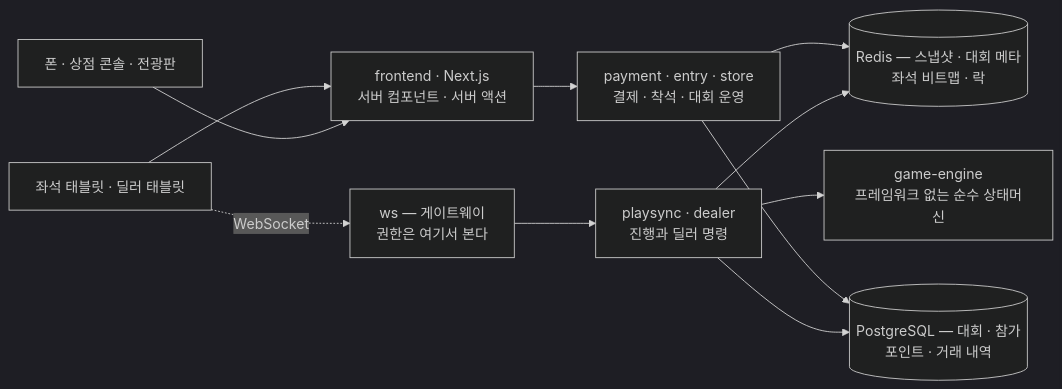
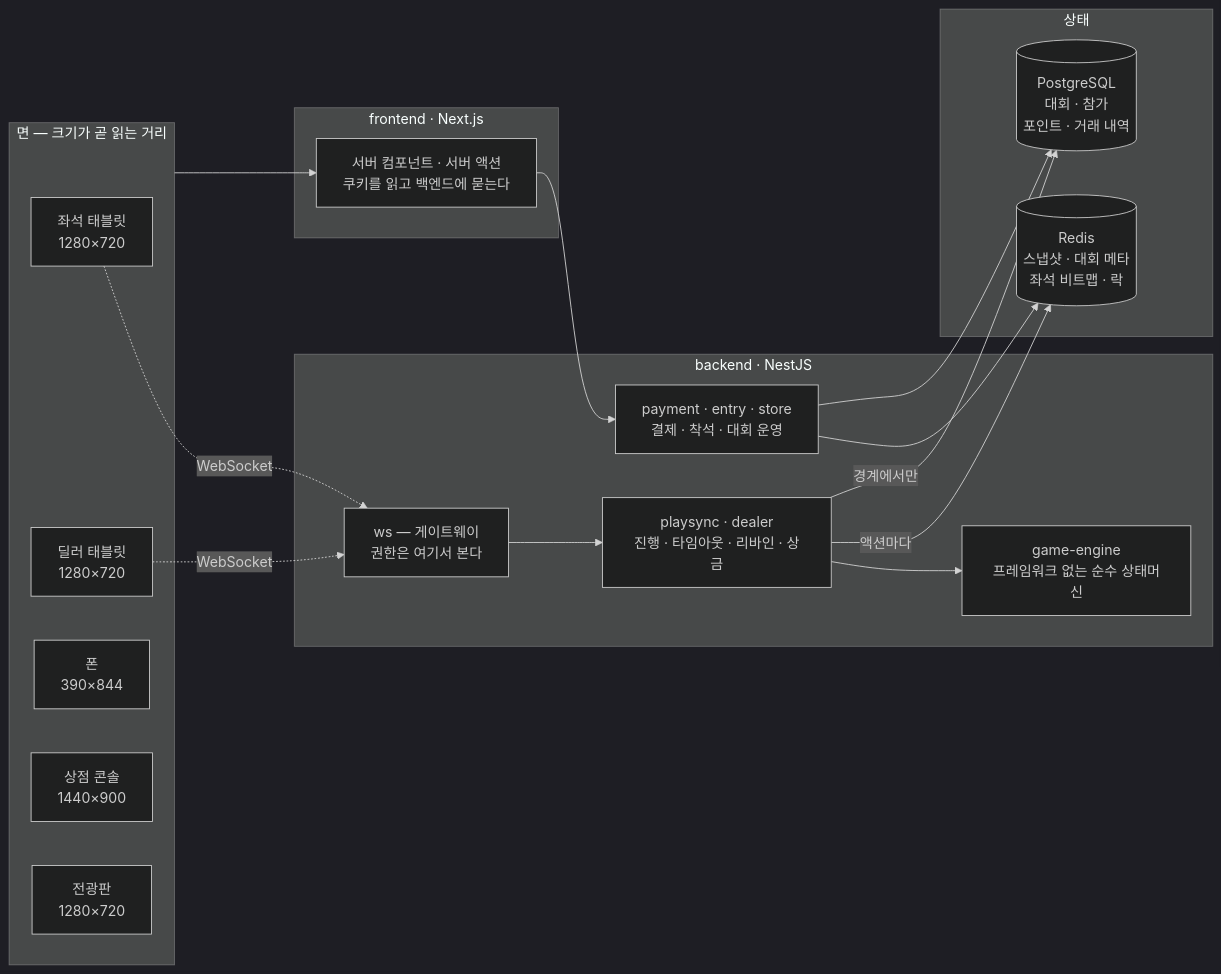
One commit to GUNW-O-O/playsync-V2 changed the first of 2 diagrams in README.md. Above: the diagram before and after it, drawn with Mermaid (dark theme). The commit also changed other lines of this file, not shown here.

Commit message:
docs: 아키텍처 그림에 묶음을 되살리고 간선만 정리한다
층을 없앤 흐름도로 만들었더니 구조가 사라졌다. 묶음(면 · frontend ·
backend · 상태)은 되살리고, 흐트러 보이던 원인만 걷는다.

- **면 다섯이 각자 Next로 가던 선 다섯을 하나로 묶었다.** 묶음에서 묶음으로
  거는 간선이라 층 사이가 한 줄이다
- 소켓은 **좌석·딜러 태블릿만** 든다. 나머지 셋은 조회와 조작뿐이라 Next를
  거친다 — 그 둘만 점선으로 남겨 뜻이 있는 선만 교차하게 했다
- Redis·PostgreSQL을 한 묶음으로 넣고 간선에 「액션마다」·「경계에서만」을
  적었다. 저장소로 가는 선이 흩어져 있던 것이 제일 어수선했다

`direction`은 쓰지 않는다 — 묶음 밖으로 나가는 간선이 있으면 mermaid가
무시한다.

````diff
--- a/README.md
+++ b/README.md
@@ -412,23 +412,37 @@
 ```mermaid
 flowchart LR
-  tablets["좌석 태블릿 · 딜러 태블릿"]
-  others["폰 · 상점 콘솔 · 전광판"]
-  next["frontend · Next.js<br/>서버 컴포넌트 · 서버 액션"]
-  ws["ws — 게이트웨이<br/>권한은 여기서 본다"]
-  play["playsync · dealer<br/>진행과 딜러 명령"]
-  engine["game-engine<br/>프레임워크 없는 순수 상태머신"]
-  rest["payment · entry · store<br/>결제 · 착석 · 대회 운영"]
-  redis[("Redis — 스냅샷 · 대회 메타<br/>좌석 비트맵 · 락")]
-  db[("PostgreSQL — 대회 · 참가<br/>포인트 · 거래 내역")]
+  subgraph faces["면 — 크기가 곧 읽는 거리"]
+    seat["좌석 태블릿<br/>1280×720"]
+    dealerT["딜러 태블릿<br/>1280×720"]
+    phone["폰<br/>390×844"]
+    console["상점 콘솔<br/>1440×900"]
+    board["전광판<br/>1280×720"]
+  end
 
-  others --> next
-  tablets --> next
-  tablets -. WebSocket .-> ws
+  subgraph front["frontend · Next.js"]
+    next["서버 컴포넌트 · 서버 액션<br/>쿠키를 읽고 백엔드에 묻는다"]
+  end
+
+  subgraph back["backend · NestJS"]
+    ws["ws — 게이트웨이<br/>권한은 여기서 본다"]
+    play["playsync · dealer<br/>진행 · 타임아웃 · 리바인 · 상금"]
+    rest["payment · entry · store<br/>결제 · 착석 · 대회 운영"]
+    engine["game-engine<br/>프레임워크 없는 순수 상태머신"]
+  end
+
+  subgraph state["상태"]
+    redis[("Redis<br/>스냅샷 · 대회 메타<br/>좌석 비트맵 · 락")]
+    db[("PostgreSQL<br/>대회 · 참가<br/>포인트 · 거래 내역")]
+  end
+
+  faces --> next
+  seat -. WebSocket .-> ws
+  dealerT -. WebSocket .-> ws
   next --> rest
   ws --> play
   play --> engine
-  play --> redis
-  play --> db
+  play -- "액션마다" --> redis
+  play -- "경계에서만" --> db
   rest --> redis
   rest --> db
 ```
````
